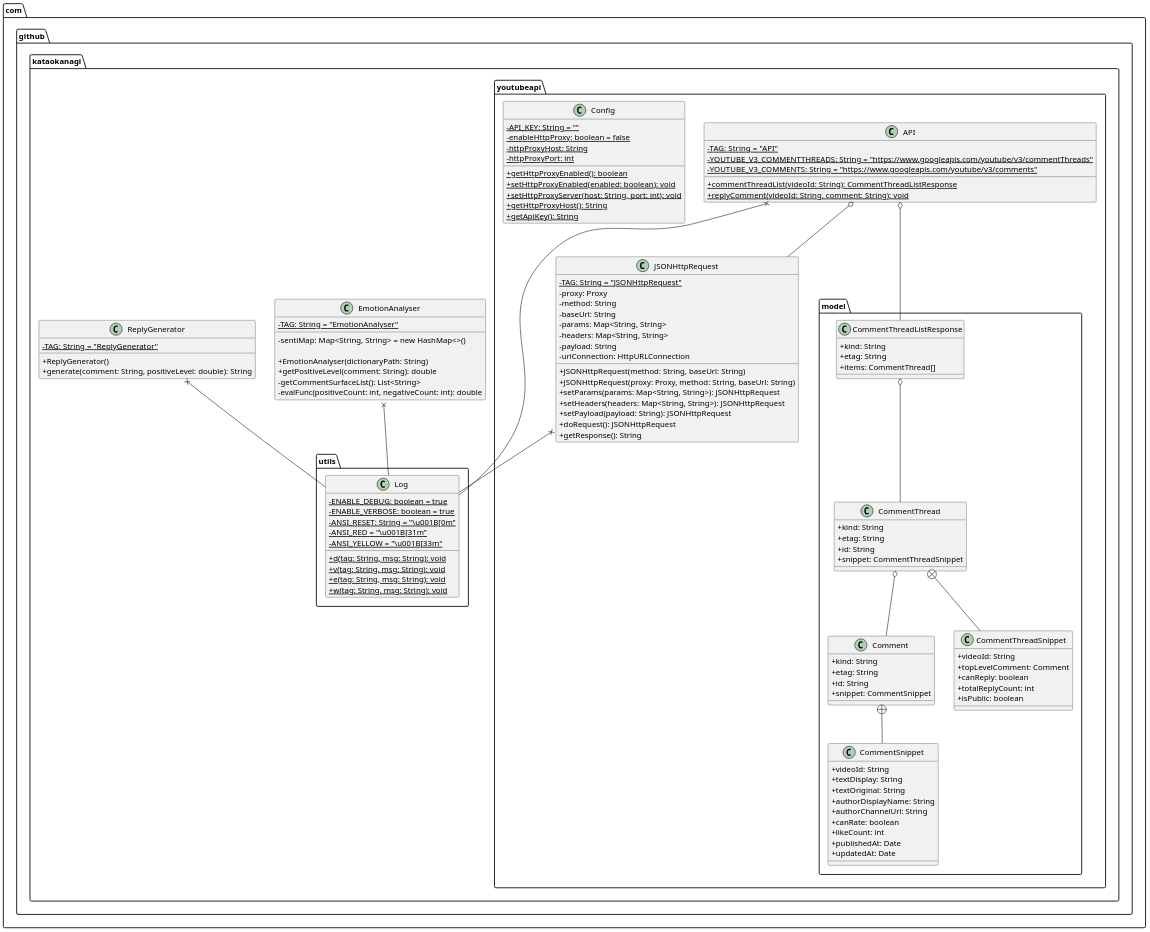
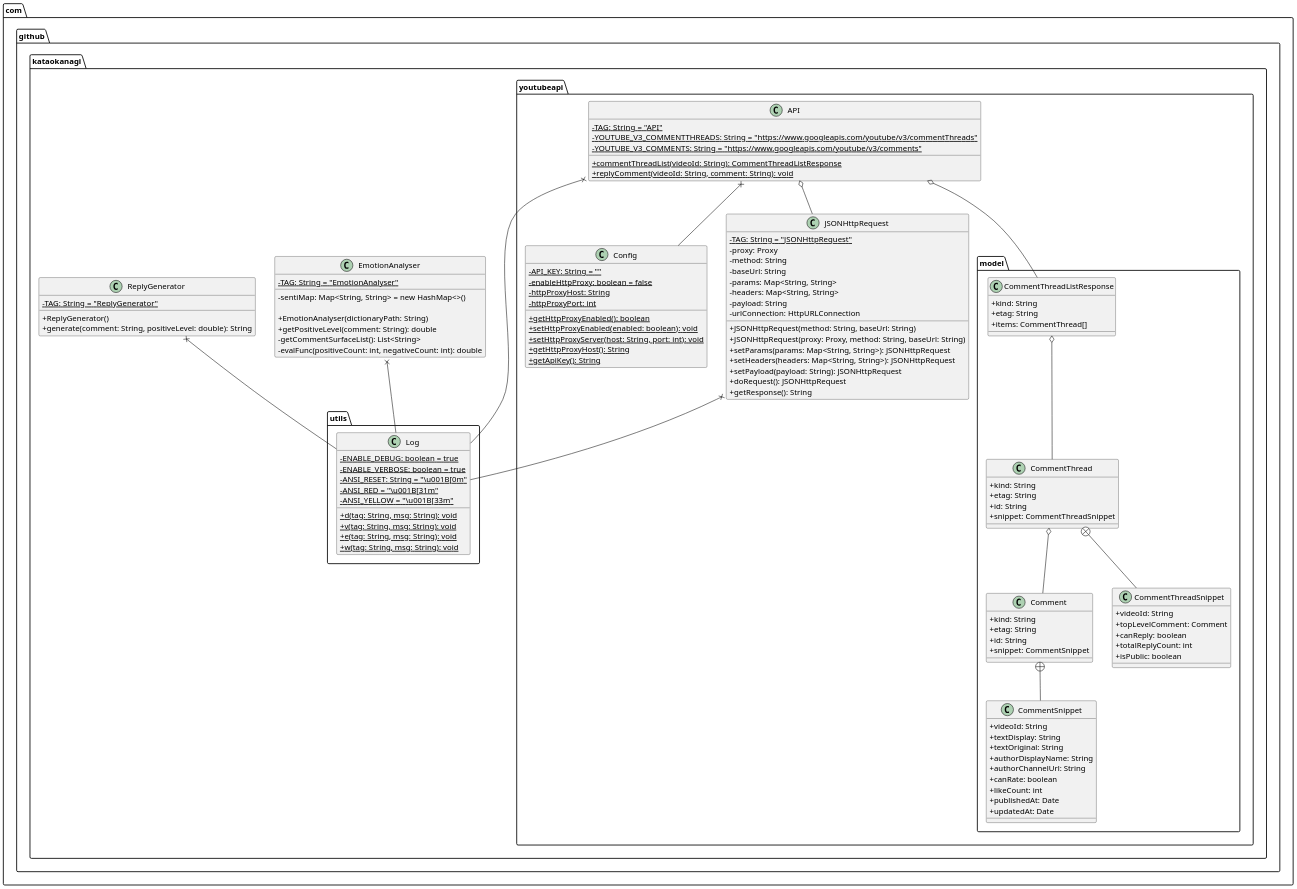
The diagram in uml/YoutubeAutoComment_ClassDiagram.pu (KataokaNagi/YoutubeAutoComment), drawn with PlantUML before and after one commit. The commit also changed other lines of this file, not shown here.

Commit message:
API x-- Configの追加

```diff
--- a/uml/YoutubeAutoComment_ClassDiagram.pu
+++ b/uml/YoutubeAutoComment_ClassDiagram.pu
@@ -12,168 +13,168 @@
 @startuml out/ClassDiagram.png
 scale 1.5
 skinparam DefaultFontName メイリオ
 ' 可視性の変更
 skinparam classAttributeIconSize 0
 
 ' class def
 ' @see https://qiita.com/KeithYokoma/items/ee21fec6a3ebb5d1e9a8
 
 package com.github.kataokanagi {
   package com.github.kataokanagi.utils {
   }
   package com.github.kataokanagi.youtubeapi {
     package com.github.kataokanagi.youtubeapi.model {      
     }    
   }
 }
 
 package com.github.kataokanagi.utils {
     class Log {
         - {static} ENABLE_DEBUG: boolean = true
         - {static} ENABLE_VERBOSE: boolean = true
         - {static} ANSI_RESET: String = "\u001B[0m"
         - {static} ANSI_RED = "\u001B[31m"
         - {static} ANSI_YELLOW = "\u001B[33m"
 
         + {static} d(tag: String, msg: String): void
         + {static} v(tag: String, msg: String): void
         + {static} e(tag: String, msg: String): void
         + {static} w(tag: String, msg: String): void
     }
 }
 
 package com.github.kataokanagi.youtubeapi.model {
     class Comment {
         + kind: String
         + etag: String
         + id: String
         + snippet: CommentSnippet
     }
 
     class CommentSnippet {
         + videoId: String
         + textDisplay: String
         + textOriginal: String
         + authorDisplayName: String
         + authorChannelUrl: String
         + canRate: boolean
         + likeCount: int
         + publishedAt: Date
         + updatedAt: Date
     }
 
     Comment +-- CommentSnippet
 
     class CommentThread {
         + kind: String
         + etag: String
         + id: String
         + snippet: CommentThreadSnippet
     }
 
     class CommentThreadSnippet {
         + videoId: String
         + topLevelComment: Comment
         + canReply: boolean
         + totalReplyCount: int
         + isPublic: boolean
     }
 
     CommentThread +-- CommentThreadSnippet
 
     class CommentThreadListResponse {
         + kind: String
         + etag: String
         + items: CommentThread[]
     }
 
     CommentThreadListResponse o-- CommentThread
     CommentThread o-- Comment
 }
 
 package com.github.kataokanagi.youtubeapi {
     class API {
         - {static} TAG: String = "API"
         - {static} YOUTUBE_V3_COMMENTTHREADS: String = "https://www.googleapis.com/youtube/v3/commentThreads"
         - {static} YOUTUBE_V3_COMMENTS: String = "https://www.googleapis.com/youtube/v3/comments"
 
         + {static} commentThreadList(videoId: String): CommentThreadListResponse
         + {static} replyComment(videoId: String, comment: String): void
     }
 
     class Config {
         - {static} API_KEY: String = ""
         - {static} enableHttpProxy: boolean = false
         - {static} httpProxyHost: String
         - {static} httpProxyPort: int
 
         + {static} getHttpProxyEnabled(): boolean
         + {static} setHttpProxyEnabled(enabled: boolean): void
         + {static} setHttpProxyServer(host: String, port: int): void
         + {static} getHttpProxyHost(): String
         + {static} getApiKey(): String
     }
 
     class JSONHttpRequest {
         - {static} TAG: String = "JSONHttpRequest"
         - proxy: Proxy
         - method: String
         - baseUrl: String
         - params: Map<String, String>
         - headers: Map<String, String>
         - payload: String
         - urlConnection: HttpURLConnection
 
         + JSONHttpRequest(method: String, baseUrl: String)
         + JSONHttpRequest(proxy: Proxy, method: String, baseUrl: String)
         + setParams(params: Map<String, String>): JSONHttpRequest
         + setHeaders(headers: Map<String, String>): JSONHttpRequest
         + setPayload(payload: String): JSONHttpRequest
         + doRequest(): JSONHttpRequest
         + getResponse(): String
     }
 }
 
 package com.github.kataokanagi {
     class EmotionAnalyser {
         - {static} TAG: String = "EmotionAnalyser"
         - sentiMap: Map<String, String> = new HashMap<>()
 
         + EmotionAnalyser(dictionaryPath: String)
         + getPositiveLevel(comment: String): double
         - getCommentSurfaceList(): List<String>
         - evalFunc(positiveCount: int, negativeCount: int): double
     }
 
     class ReplyGenerator {
         - {static} TAG: String = "ReplyGenerator"
 
         + ReplyGenerator()
         + generate(comment: String, positiveLevel: double): String
     }
 }
 
 API o-- CommentThreadListResponse
 
 ' API o-- Log
 EmotionAnalyser x-- Log
 ReplyGenerator x-- Log
 JSONHttpRequest x-- Log
 
 API o-- JSONHttpRequest
 API x-- Log
-
+API x-- Config
 
 ' package com.github.kataokanagi {
 '     package utils {
 
 '     }
 
 '     package youtubeapi {
 '         package model {
 
 '         }
 '     }
 ' }
 
 @enduml
```
